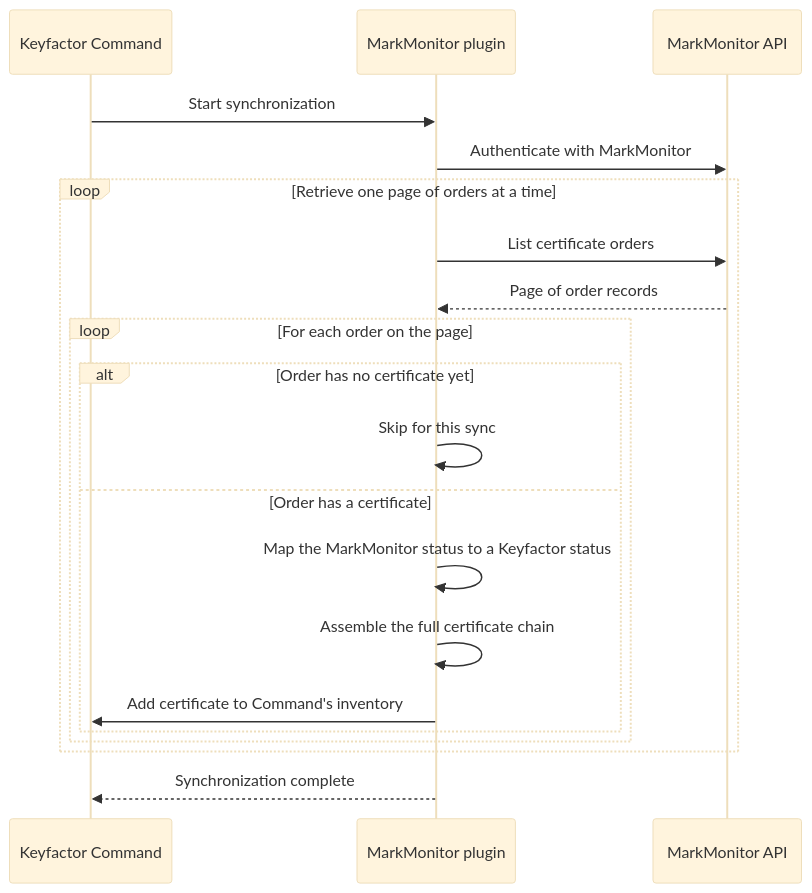
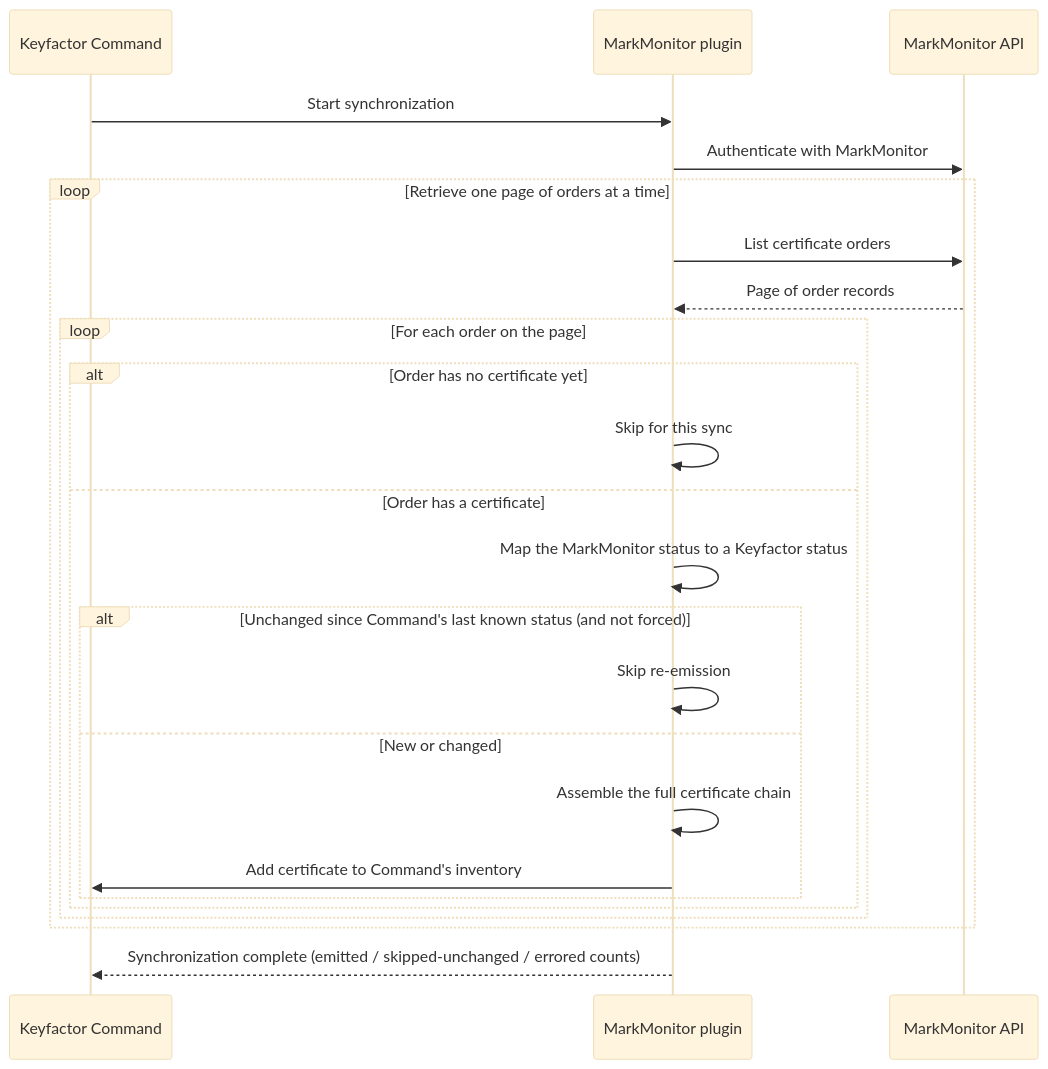
One commit to Keyfactor/markmonitor-caplugin changed the first of 4 diagrams in docsource/configuration.md. Above: the diagram before and after it, drawn with Mermaid (base theme). The commit also changed other lines of this file and 8 other files, not shown here.

````diff
--- a/docsource/configuration.md
+++ b/docsource/configuration.md
@@ -187,26 +191,30 @@
 ```mermaid
 sequenceDiagram
     participant CMD as Keyfactor Command
     participant Plugin as MarkMonitor plugin
     participant API as MarkMonitor API
 
     CMD->>Plugin: Start synchronization
     Plugin->>API: Authenticate with MarkMonitor
 
     loop Retrieve one page of orders at a time
         Plugin->>API: List certificate orders
         API-->>Plugin: Page of order records
 
         loop For each order on the page
             alt Order has no certificate yet
                 Plugin->>Plugin: Skip for this sync
             else Order has a certificate
                 Plugin->>Plugin: Map the MarkMonitor status to a Keyfactor status
-                Plugin->>Plugin: Assemble the full certificate chain
-                Plugin->>CMD: Add certificate to Command's inventory
+                alt Unchanged since Command's last known status (and not forced)
+                    Plugin->>Plugin: Skip re-emission
+                else New or changed
+                    Plugin->>Plugin: Assemble the full certificate chain
+                    Plugin->>CMD: Add certificate to Command's inventory
+                end
             end
         end
     end
 
-    Plugin-->>CMD: Synchronization complete
+    Plugin-->>CMD: Synchronization complete (emitted / skipped-unchanged / errored counts)
 ```
````
